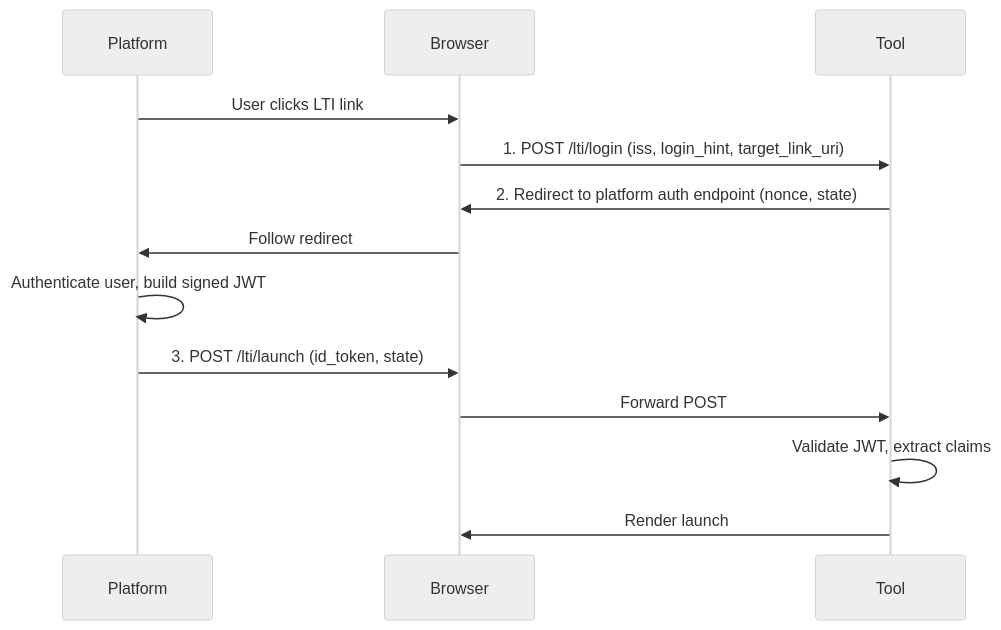
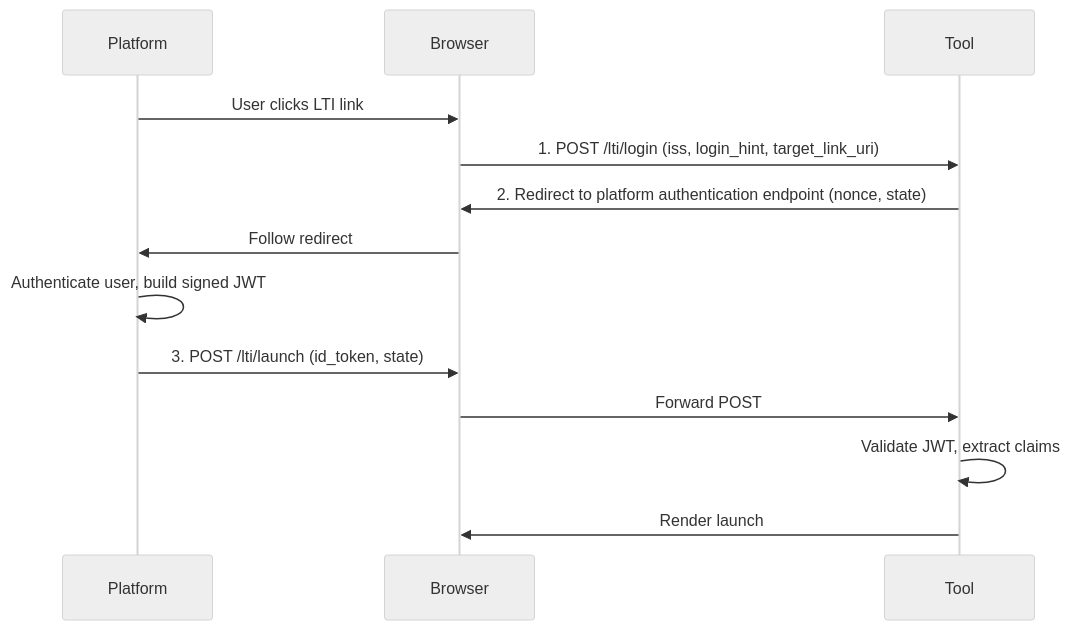
The diagram in guides/concepts.md (DecoyLex/ltix), drawn with Mermaid (neutral theme) before and after one commit. The commit also changed other lines of this file and 41 other files, not shown here.

````diff
--- a/guides/concepts.md
+++ b/guides/concepts.md
@@ -15,16 +15,16 @@
 ```mermaid
 sequenceDiagram
     participant P as Platform
     participant B as Browser
     participant T as Tool
 
     P->>B: User clicks LTI link
     B->>T: 1. POST /lti/login (iss, login_hint, target_link_uri)
-    T->>B: 2. Redirect to platform auth endpoint (nonce, state)
+    T->>B: 2. Redirect to platform authentication endpoint (nonce, state)
     B->>P: Follow redirect
     P->>P: Authenticate user, build signed JWT
     P->>B: 3. POST /lti/launch (id_token, state)
     B->>T: Forward POST
     T->>T: Validate JWT, extract claims
     T->>B: Render launch
 ```
````
